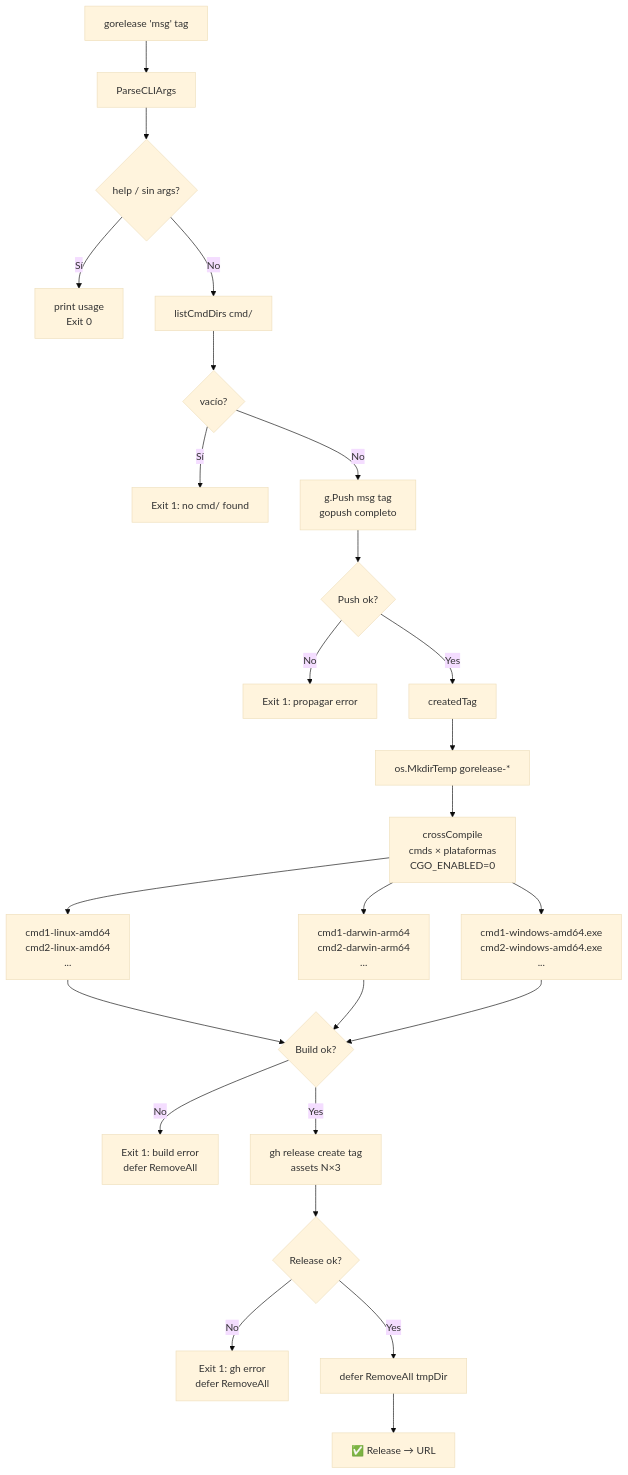
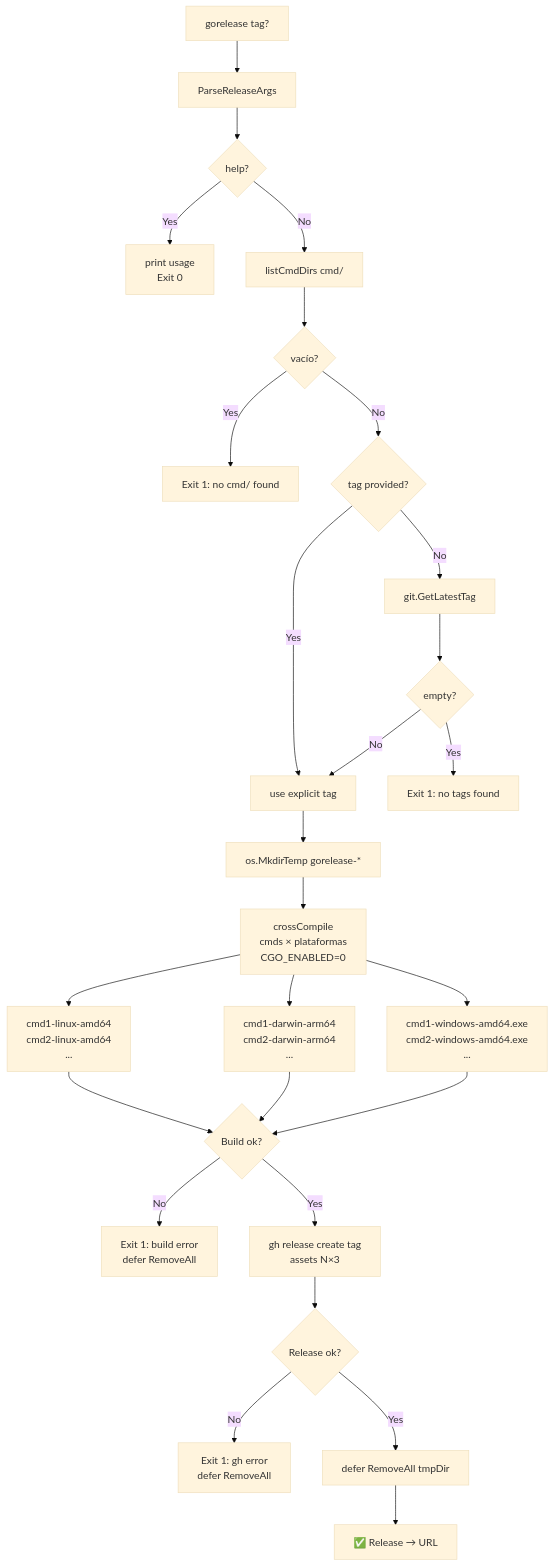
The first of 2 diagrams in docs/diagrams/GORELEASE_FLOW.md (tinywasm/devflow), drawn with Mermaid (base theme) before and after one commit. The commit also changed other lines of this file and 11 other files, not shown here.

````diff
--- a/docs/diagrams/GORELEASE_FLOW.md
+++ b/docs/diagrams/GORELEASE_FLOW.md
@@ -6,25 +6,27 @@
 ```mermaid
 flowchart TD
-    A[gorelease 'msg' tag] --> P[ParseCLIArgs]
-    P --> PH{help / sin args?}
-    PH -- Sí --> USAGE[print usage\nExit 0]
+    A[gorelease tag?] --> P[ParseReleaseArgs]
+    P --> PH{help?}
+    PH -- Yes --> USAGE[print usage\nExit 0]
     PH -- No --> B[listCmdDirs cmd/]
     B --> BE{vacío?}
-    BE -- Sí --> BEE[Exit 1: no cmd/ found]
-    BE -- No --> C[g.Push msg tag\ngopush completo]
-    C --> CF{Push ok?}
-    CF -- No --> CE[Exit 1: propagar error]
-    CF -- Yes --> D[createdTag]
+    BE -- Yes --> BEE[Exit 1: no cmd/ found]
+    BE -- No --> C{tag provided?}
+    C -- Yes --> D[use explicit tag]
+    C -- No --> E[git.GetLatestTag]
+    E --> EE{empty?}
+    EE -- Yes --> EE1[Exit 1: no tags found]
+    EE -- No --> D
     D --> T[os.MkdirTemp gorelease-*]
-    T --> E[crossCompile\ncmds × plataformas\nCGO_ENABLED=0]
-    E --> E1[cmd1-linux-amd64\ncmd2-linux-amd64\n...]
-    E --> E2[cmd1-darwin-arm64\ncmd2-darwin-arm64\n...]
-    E --> E3[cmd1-windows-amd64.exe\ncmd2-windows-amd64.exe\n...]
-    E1 & E2 & E3 --> EF{Build ok?}
-    EF -- No --> EE[Exit 1: build error\ndefer RemoveAll]
-    EF -- Yes --> F[gh release create tag\nassets N×3]
-    F --> FF{Release ok?}
-    FF -- No --> FE[Exit 1: gh error\ndefer RemoveAll]
-    FF -- Yes --> G[defer RemoveAll tmpDir]
-    G --> H[✅ Release → URL]
+    T --> F[crossCompile\ncmds × plataformas\nCGO_ENABLED=0]
+    F --> F1[cmd1-linux-amd64\ncmd2-linux-amd64\n...]
+    F --> F2[cmd1-darwin-arm64\ncmd2-darwin-arm64\n...]
+    F --> F3[cmd1-windows-amd64.exe\ncmd2-windows-amd64.exe\n...]
+    F1 & F2 & F3 --> FF{Build ok?}
+    FF -- No --> FE[Exit 1: build error\ndefer RemoveAll]
+    FF -- Yes --> G[gh release create tag\nassets N×3]
+    G --> GF{Release ok?}
+    GF -- No --> GE[Exit 1: gh error\ndefer RemoveAll]
+    GF -- Yes --> H[defer RemoveAll tmpDir]
+    H --> I[✅ Release → URL]
 ```
````
